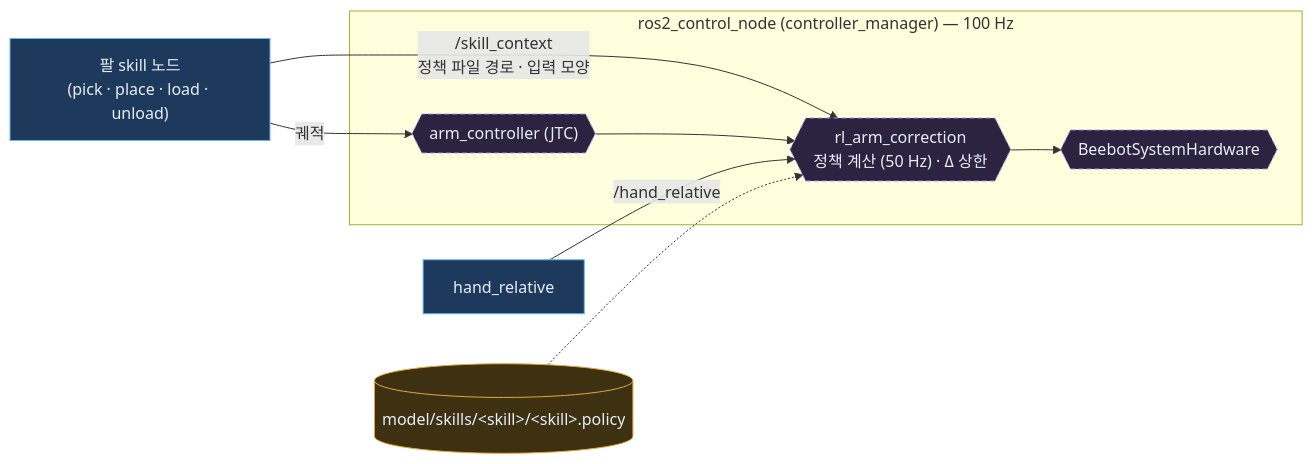
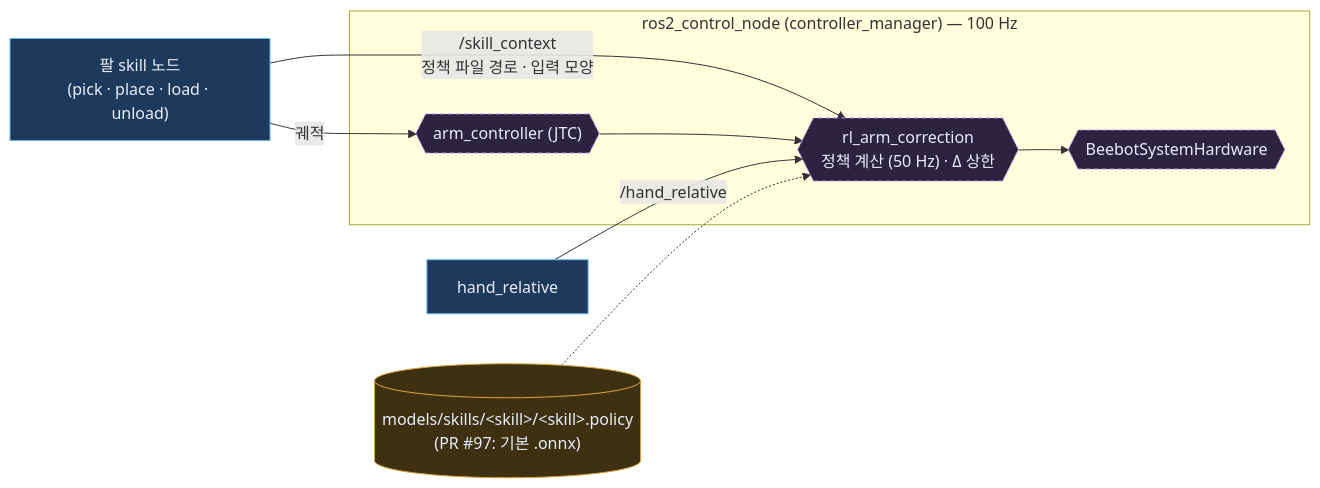
The first of 2 diagrams in bee/policy-path.md (JuneKunst/JuneKunst.github.io), drawn with Mermaid before and after one commit. The commit also changed other lines of this file and 21 other files, not shown here.

````diff
--- a/bee/policy-path.md
+++ b/bee/policy-path.md
@@ -14,13 +14,13 @@
 ```mermaid
 flowchart LR
   SK["팔 skill 노드<br/>(pick · place · load · unload)"]:::node -->|"/skill_context<br/>정책 파일 경로 · 입력 모양"| RAC
   SK -->|"궤적"| JTC
   subgraph CM["ros2_control_node (controller_manager) — 100 Hz"]
     JTC{{"arm_controller (JTC)"}}:::plugin --> RAC{{"rl_arm_correction<br/>정책 계산 (50 Hz) · Δ 상한"}}:::plugin --> HW{{"BeebotSystemHardware"}}:::plugin
   end
   HRL["hand_relative"]:::node -->|"/hand_relative"| RAC
-  F[("model/skills/&lt;skill&gt;/&lt;skill&gt;.policy")]:::file -.-> RAC
+  F[("models/skills/&lt;skill&gt;/&lt;skill&gt;.policy<br/>(PR #97: 기본 .onnx)")]:::file -.-> RAC
   classDef node fill:#1d3a5c,stroke:#67b7e8,color:#e8eef8
   classDef plugin fill:#2b2340,stroke:#b48cf0,color:#e8eef8,stroke-dasharray:5 3
   classDef file fill:#3d3112,stroke:#e2a83a,color:#e8eef8
 ```
````
